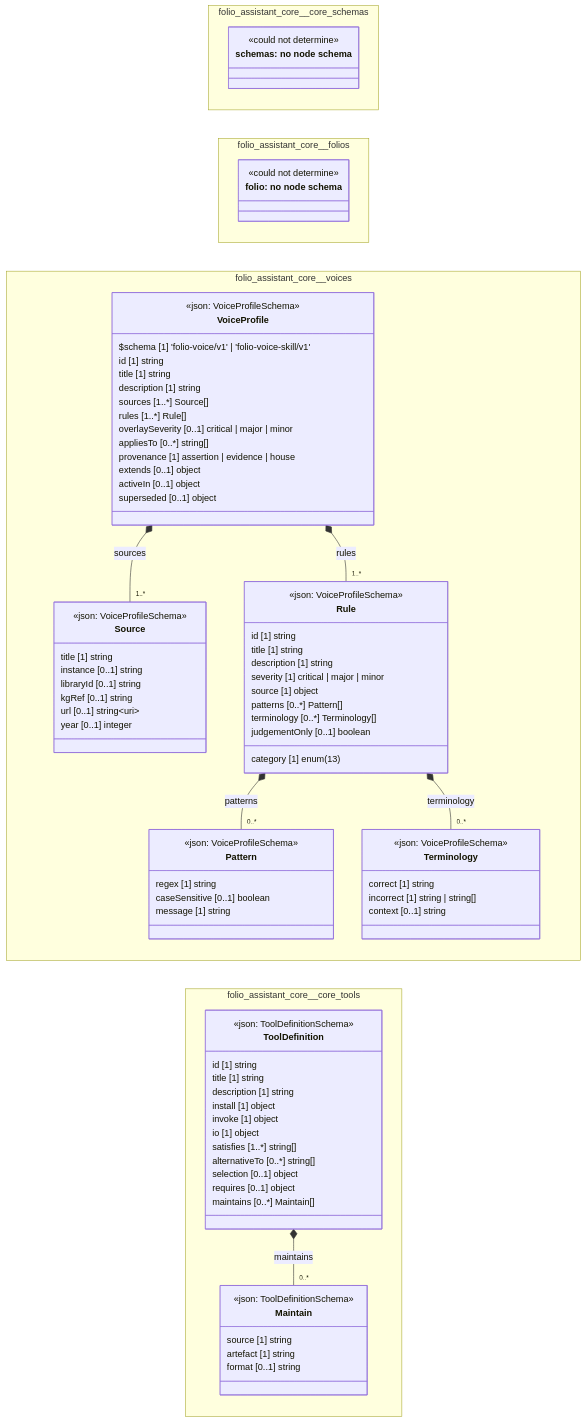
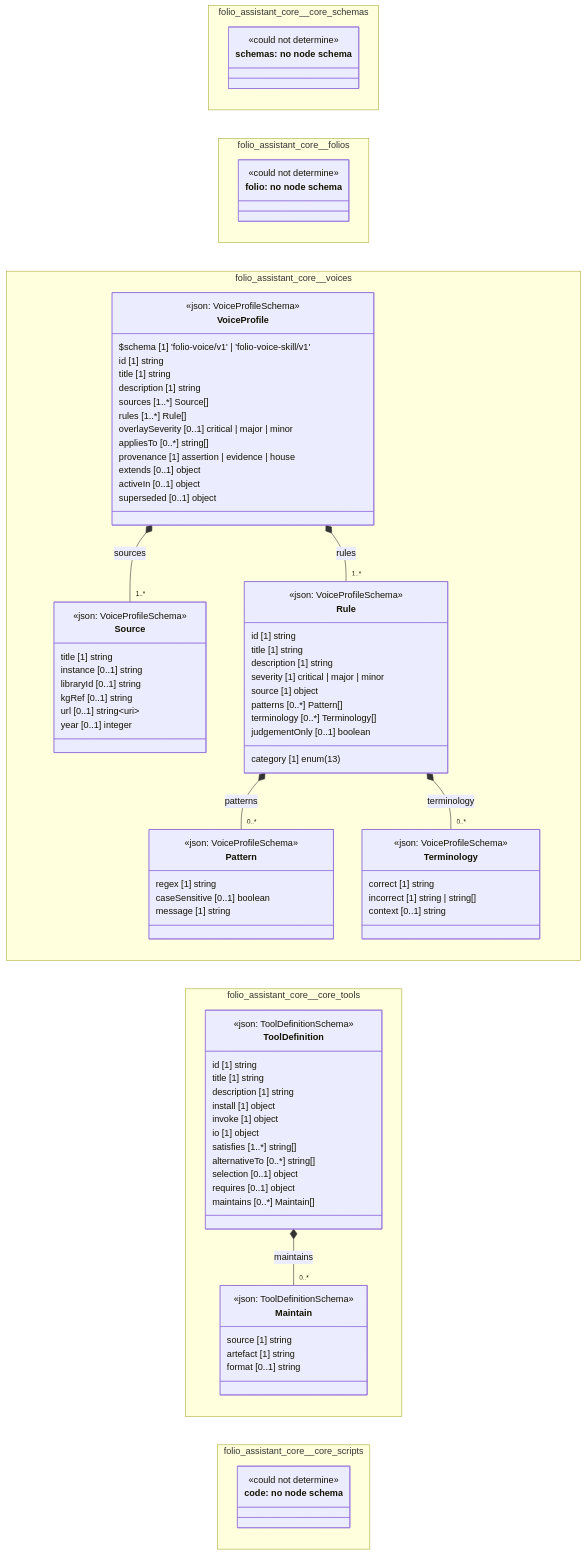
Before and after one commit to litlfred/folio-assistant: the diagram in cat-harness/docs/uml/overview/folio-assistant-core.md, drawn with Mermaid. The commit also changed other lines of this file and 58 other files, not shown here.

````diff
--- a/cat-harness/docs/uml/overview/folio-assistant-core.md
+++ b/cat-harness/docs/uml/overview/folio-assistant-core.md
@@ -127,6 +129,11 @@
       maintains [0..*] Maintain[]
     }
   }
+  namespace folio_assistant_core__core_scripts {
+    class n_folio_assistant_core_core_scripts_code["code: no node schema"] {
+      <<could not determine>>
+    }
+  }
   cssClass "n_folio_assistant_core_core_schemas_schemas" fa_uml_kind_schemas
   cssClass "n_folio_assistant_core_core_schemas_schemas" fa_uml_undetermined
   cssClass "n_folio_assistant_core_folios_folio" fa_uml_kind_folio
@@ -143,4 +150,6 @@
   folio_assistant_core_core_tools_ToolDefinition *-- "0..*" folio_assistant_core_core_tools_Maintain : maintains
   cssClass "folio_assistant_core_core_tools_Maintain" fa_uml_kind_tools
   cssClass "folio_assistant_core_core_tools_ToolDefinition" fa_uml_kind_tools
+  cssClass "n_folio_assistant_core_core_scripts_code" fa_uml_kind_code
+  cssClass "n_folio_assistant_core_core_scripts_code" fa_uml_undetermined
 ```
````
